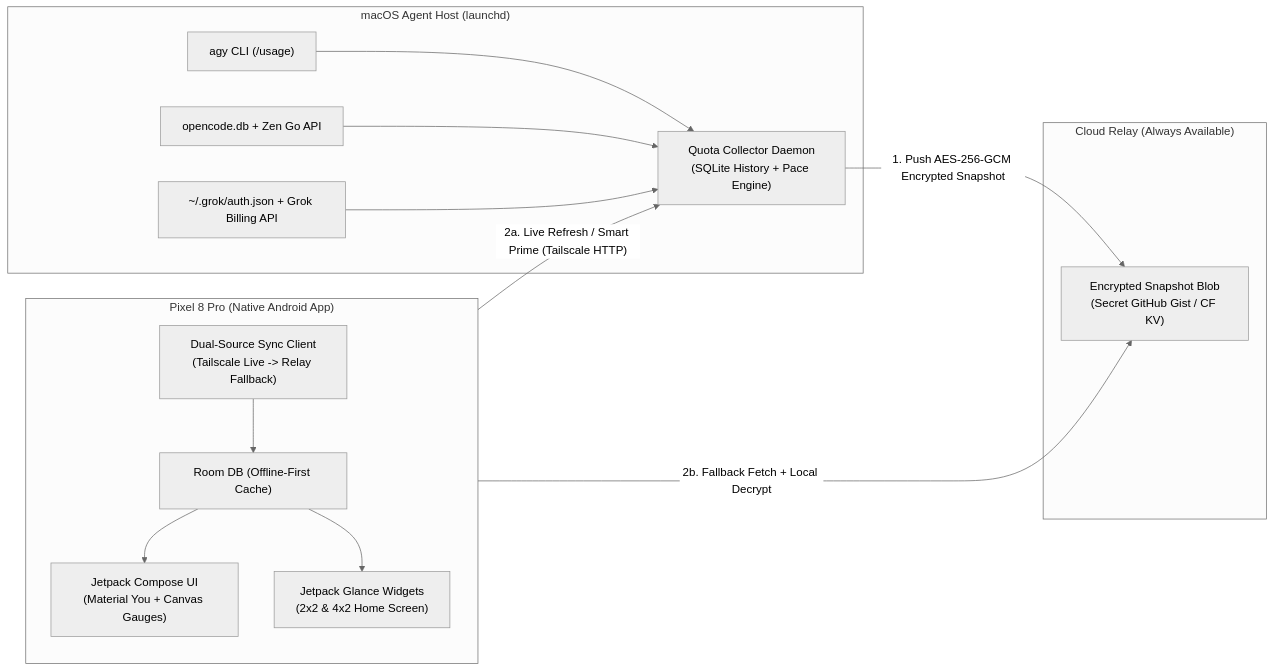
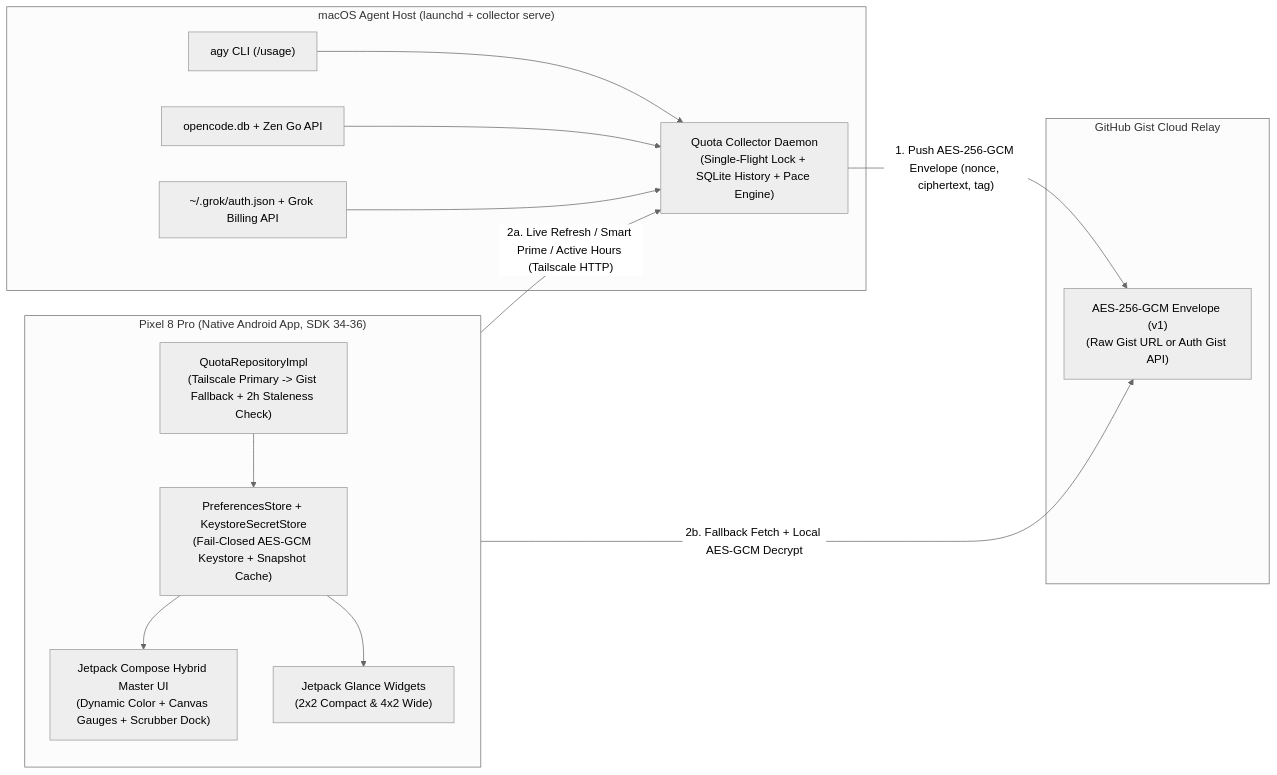
The first of 2 diagrams in docs/plan.md (deji/ai-quota-monitor), drawn with Mermaid (neutral theme) before and after one commit. The commit also changed other lines of this file and 2 other files, not shown here.

Commit message:
docs(plan): align plan and provider specs with Grok 4.7 architectural review

````diff
--- a/docs/plan.md
+++ b/docs/plan.md
@@ -40,30 +44,30 @@
 ```mermaid
 flowchart LR
-    subgraph MacHost["macOS Agent Host (launchd)"]
+    subgraph MacHost["macOS Agent Host (launchd + collector serve)"]
         AGY["agy CLI (/usage)"]
         OC["opencode.db + Zen Go API"]
         GROK["~/.grok/auth.json + Grok Billing API"]
-        Collector["Quota Collector Daemon\n(SQLite History + Pace Engine)"]
+        Collector["Quota Collector Daemon\n(Single-Flight Lock + SQLite History + Pace Engine)"]
         AGY --> Collector
         OC --> Collector
         GROK --> Collector
     end
 
-    subgraph Relay["Cloud Relay (Always Available)"]
-        Gist["Encrypted Snapshot Blob\n(Secret GitHub Gist / CF KV)"]
+    subgraph Relay["GitHub Gist Cloud Relay"]
+        Gist["AES-256-GCM Envelope (v1)\n(Raw Gist URL or Auth Gist API)"]
     end
 
-    subgraph Pixel8Pro["Pixel 8 Pro (Native Android App)"]
-        Client["Dual-Source Sync Client\n(Tailscale Live -> Relay Fallback)"]
-        Room["Room DB (Offline-First Cache)"]
-        UI["Jetpack Compose UI\n(Material You + Canvas Gauges)"]
-        Widget["Jetpack Glance Widgets\n(2x2 & 4x2 Home Screen)"]
-        Client --> Room
-        Room --> UI
-        Room --> Widget
+    subgraph Pixel8Pro["Pixel 8 Pro (Native Android App, SDK 34-36)"]
+        Client["QuotaRepositoryImpl\n(Tailscale Primary -> Gist Fallback + 2h Staleness Check)"]
+        Store["PreferencesStore + KeystoreSecretStore\n(Fail-Closed AES-GCM Keystore + Snapshot Cache)"]
+        UI["Jetpack Compose Hybrid Master UI\n(Dynamic Color + Canvas Gauges + Scrubber Dock)"]
+        Widget["Jetpack Glance Widgets\n(2x2 Compact & 4x2 Wide)"]
+        Client --> Store
+        Store --> UI
+        Store --> Widget
     end
 
-    Collector -- "1. Push AES-256-GCM Encrypted Snapshot" --> Gist
-    Pixel8Pro -- "2a. Live Refresh / Smart Prime (Tailscale HTTP)" --> Collector
-    Pixel8Pro -- "2b. Fallback Fetch + Local Decrypt" --> Gist
+    Collector -- "1. Push AES-256-GCM Envelope (nonce, ciphertext, tag)" --> Gist
+    Pixel8Pro -- "2a. Live Refresh / Smart Prime / Active Hours (Tailscale HTTP)" --> Collector
+    Pixel8Pro -- "2b. Fallback Fetch + Local AES-GCM Decrypt" --> Gist
 ```
````
